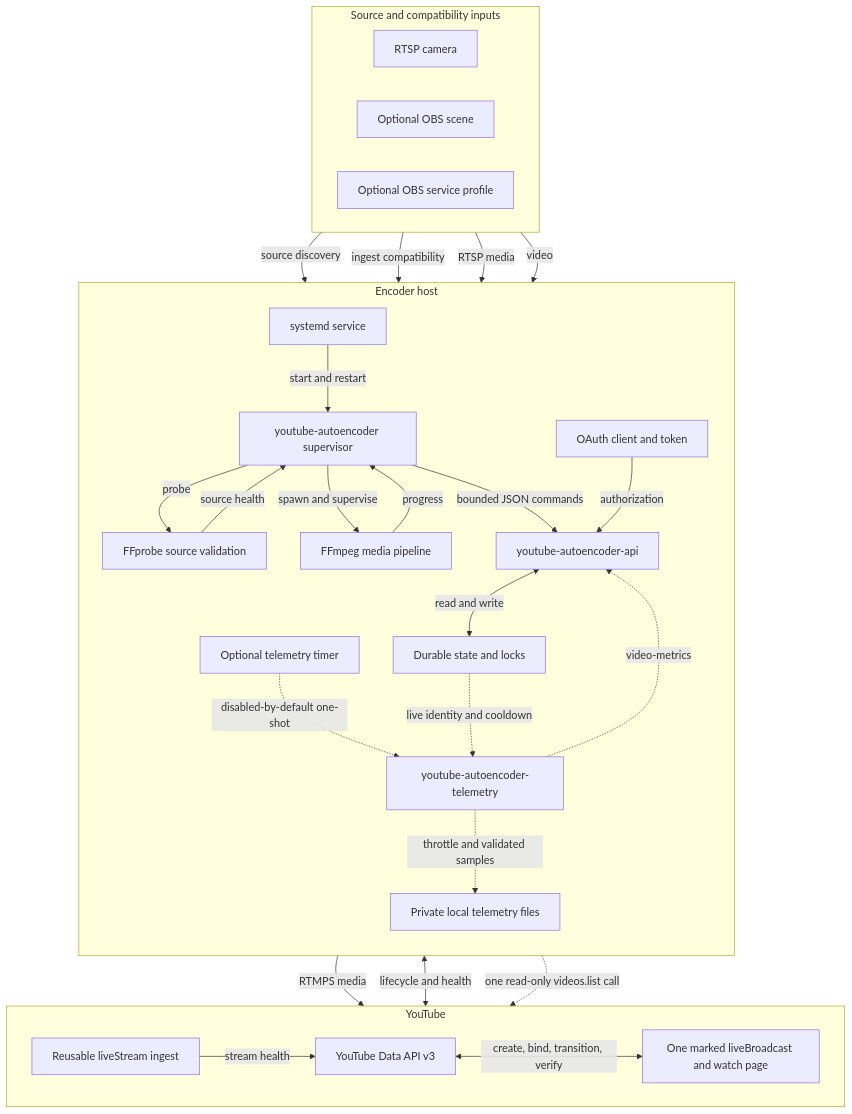
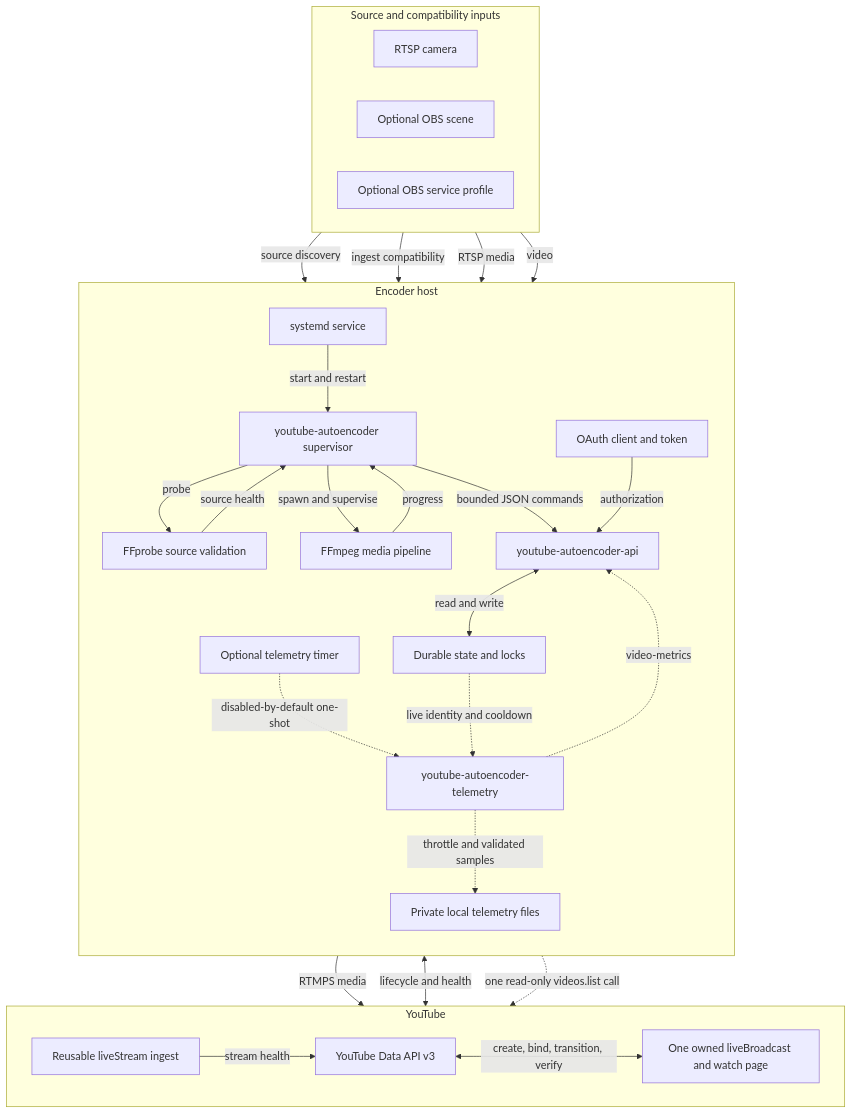
The first of 3 diagrams in docs/architecture-and-flows.md (sumitake/YouTube-AutoEncoder), drawn with Mermaid before and after one commit. The commit also changed other lines of this file and 6 other files, not shown here.

````diff
--- a/docs/architecture-and-flows.md
+++ b/docs/architecture-and-flows.md
@@ -11,52 +11,52 @@
 ```mermaid
 flowchart TB
     subgraph ArchitectureInputs["Source and compatibility inputs"]
         direction LR
         Camera["RTSP camera"]
         ObsScene["Optional OBS scene"]
         ObsService["Optional OBS service profile"]
     end
 
     subgraph ArchitectureHost["Encoder host"]
         direction TB
         Systemd["systemd service"]
         Supervisor["youtube-autoencoder supervisor"]
         Probe["FFprobe source validation"]
         Encoder["FFmpeg media pipeline"]
         Helper["youtube-autoencoder-api"]
         State["Durable state and locks"]
         OAuth["OAuth client and token"]
         TelemetryTimer["Optional telemetry timer"]
         TelemetryCollector["youtube-autoencoder-telemetry"]
         TelemetryFiles["Private local telemetry files"]
     end
 
     subgraph ArchitectureYouTube["YouTube"]
         direction LR
         Ingest["Reusable liveStream ingest"]
         Api["YouTube Data API v3"]
-        Broadcast["One marked liveBroadcast and watch page"]
+        Broadcast["One owned liveBroadcast and watch page"]
     end
 
     Systemd -->|"start and restart"| Supervisor
     ObsScene -->|"source discovery"| Supervisor
     ObsService -->|"ingest compatibility"| Supervisor
     Supervisor -->|"probe"| Probe
     Camera -->|"RTSP media"| Probe
     Probe -->|"source health"| Supervisor
     Supervisor -->|"spawn and supervise"| Encoder
     Camera -->|"video"| Encoder
     Encoder -->|"progress"| Supervisor
     Encoder -->|"RTMPS media"| Ingest
     Supervisor -->|"bounded JSON commands"| Helper
     Helper <-->|"read and write"| State
     OAuth -->|"authorization"| Helper
     Helper <-->|"lifecycle and health"| Api
     Ingest -->|"stream health"| Api
     Api <-->|"create, bind, transition, verify"| Broadcast
     TelemetryTimer -.->|"disabled-by-default one-shot"| TelemetryCollector
     State -.->|"live identity and cooldown"| TelemetryCollector
     TelemetryCollector -.->|"video-metrics"| Helper
     Helper -.->|"one read-only videos.list call"| Api
     TelemetryCollector -.->|"throttle and validated samples"| TelemetryFiles
 ```
````
